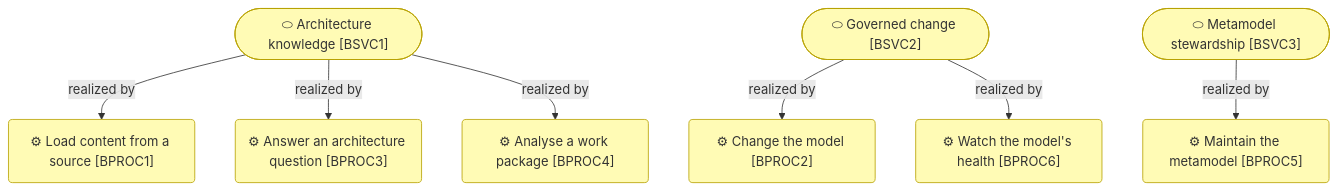
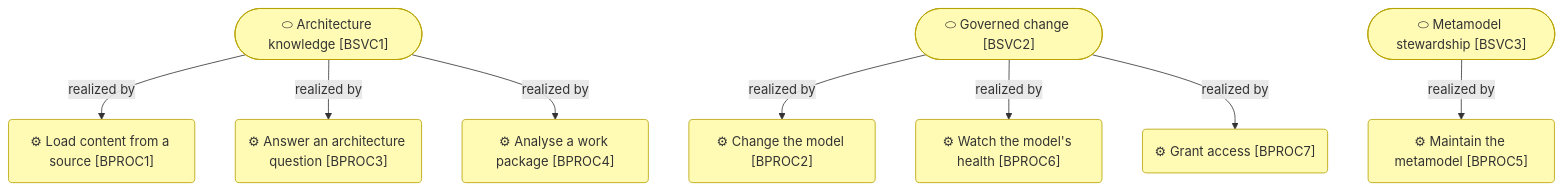
One commit to roanboc/dbx-enterprise-architecture changed the second of 4 diagrams in architecture/2_business/2_processes-and-services.md. Above: the diagram before and after it, drawn with Mermaid. The commit also changed other lines of this file and 11 other files, not shown here.

First line of the commit message:
docs(architecture): initiative 28 drafted for Understanding — users and roles

````diff
--- a/architecture/2_business/2_processes-and-services.md
+++ b/architecture/2_business/2_processes-and-services.md
@@ -27,20 +27,22 @@
 ```mermaid
 flowchart TB
   know(["⬭ Architecture knowledge [BSVC1]"]):::business
   gov(["⬭ Governed change [BSVC2]"]):::business
   meta(["⬭ Metamodel stewardship [BSVC3]"]):::business
   p1("⚙ Load content from a source [BPROC1]"):::business
   p2("⚙ Change the model [BPROC2]"):::business
   p3("⚙ Answer an architecture question [BPROC3]"):::business
   p4("⚙ Analyse a work package [BPROC4]"):::business
   p5("⚙ Maintain the metamodel [BPROC5]"):::business
   p6("⚙ Watch the model's health [BPROC6]"):::business
+  p7("⚙ Grant access [BPROC7]"):::business
   know -->|realized by| p1
   know -->|realized by| p3
   know -->|realized by| p4
   gov -->|realized by| p2
   gov -->|realized by| p6
+  gov -->|realized by| p7
   meta -->|realized by| p5
 
   classDef business fill:#fffbb5,stroke:#b8a200,color:#333
 ```
````
